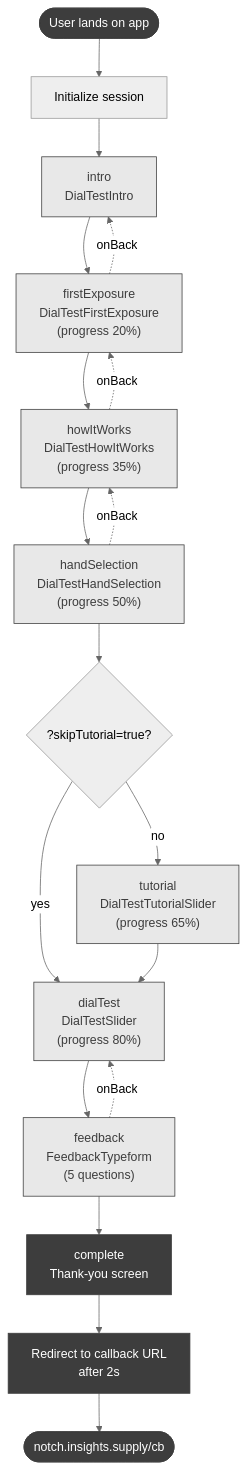
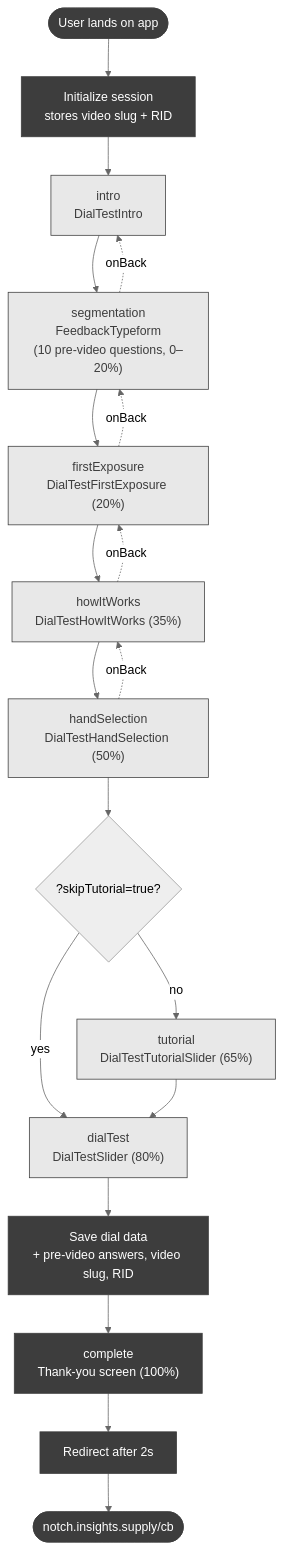
The diagram in SCREEN_FLOW.md (zoefrishberg/home-depot-dial-test), drawn with Mermaid (neutral theme) before and after one commit. The commit also changed other lines of this file and 5 other files, not shown here.

Commit message:
Visa/FIFA round: 5 videos, segmentation questions, remove post-video, move save+redirect

````diff
--- a/SCREEN_FLOW.md
+++ b/SCREEN_FLOW.md
@@ -7,32 +12,33 @@
 ```mermaid
 flowchart TD
-    Start([User lands on app]) --> Init[Initialize session]
+    Start([User lands on app]) --> Init[Initialize session<br/>stores video slug + RID]
 
     Init --> Intro["intro<br/>DialTestIntro"]
 
-    Intro --> FirstExp["firstExposure<br/>DialTestFirstExposure<br/>(progress 20%)"]
-    FirstExp --> HowIt["howItWorks<br/>DialTestHowItWorks<br/>(progress 35%)"]
-    HowIt --> HandSel["handSelection<br/>DialTestHandSelection<br/>(progress 50%)"]
+    Intro --> Seg["segmentation<br/>FeedbackTypeform<br/>(10 pre-video questions, 0–20%)"]
+
+    Seg --> FirstExp["firstExposure<br/>DialTestFirstExposure (20%)"]
+    FirstExp --> HowIt["howItWorks<br/>DialTestHowItWorks (35%)"]
+    HowIt --> HandSel["handSelection<br/>DialTestHandSelection (50%)"]
 
     HandSel --> SkipQ{?skipTutorial=true?}
     SkipQ -->|yes| DialTest
-    SkipQ -->|no| Tutorial["tutorial<br/>DialTestTutorialSlider<br/>(progress 65%)"]
+    SkipQ -->|no| Tutorial["tutorial<br/>DialTestTutorialSlider (65%)"]
 
-    Tutorial --> DialTest["dialTest<br/>DialTestSlider<br/>(progress 80%)"]
+    Tutorial --> DialTest["dialTest<br/>DialTestSlider (80%)"]
 
-    DialTest --> Feedback["feedback<br/>FeedbackTypeform<br/>(5 questions)"]
-
-    Feedback --> Complete["complete<br/>Thank-you screen"]
-    Complete --> Redirect[Redirect to callback URL<br/>after 2s]
+    DialTest --> Save[Save dial data<br/>+ pre-video answers, video slug, RID]
+    Save --> Complete["complete<br/>Thank-you screen (100%)"]
+    Complete --> Redirect[Redirect after 2s]
     Redirect --> End([notch.insights.supply/cb])
 
-    Feedback -.onBack.-> DialTest
+    Seg -.onBack.-> Intro
+    FirstExp -.onBack.-> Seg
+    HowIt -.onBack.-> FirstExp
     HandSel -.onBack.-> HowIt
-    HowIt -.onBack.-> FirstExp
-    FirstExp -.onBack.-> Intro
 
     classDef step fill:#E8E8E8,color:#3D3D3D,stroke:#3D3D3D
     classDef terminal fill:#3D3D3D,color:#fff,stroke:#3D3D3D
-    class Intro,FirstExp,HowIt,HandSel,Tutorial,DialTest,Feedback step
-    class Start,End,Complete,Redirect terminal
+    class Intro,Seg,FirstExp,HowIt,HandSel,Tutorial,DialTest step
+    class Start,End,Complete,Redirect,Save,Init terminal
 ```
````
